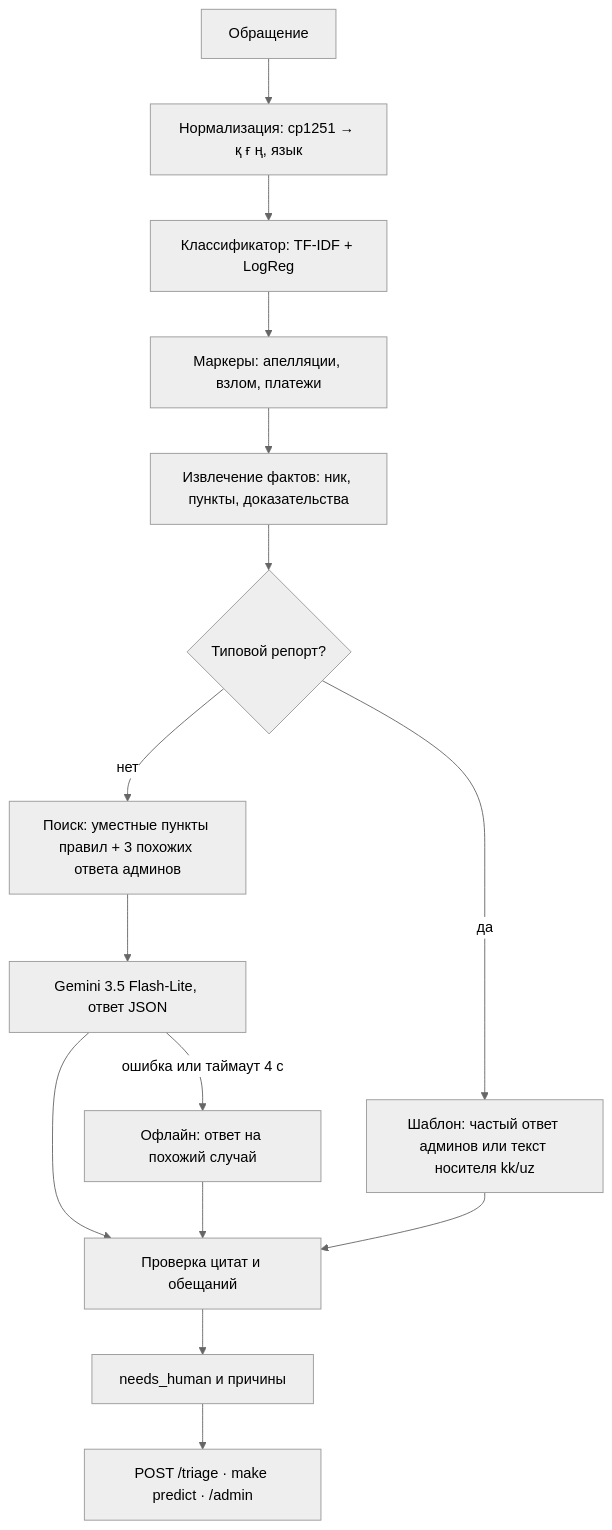
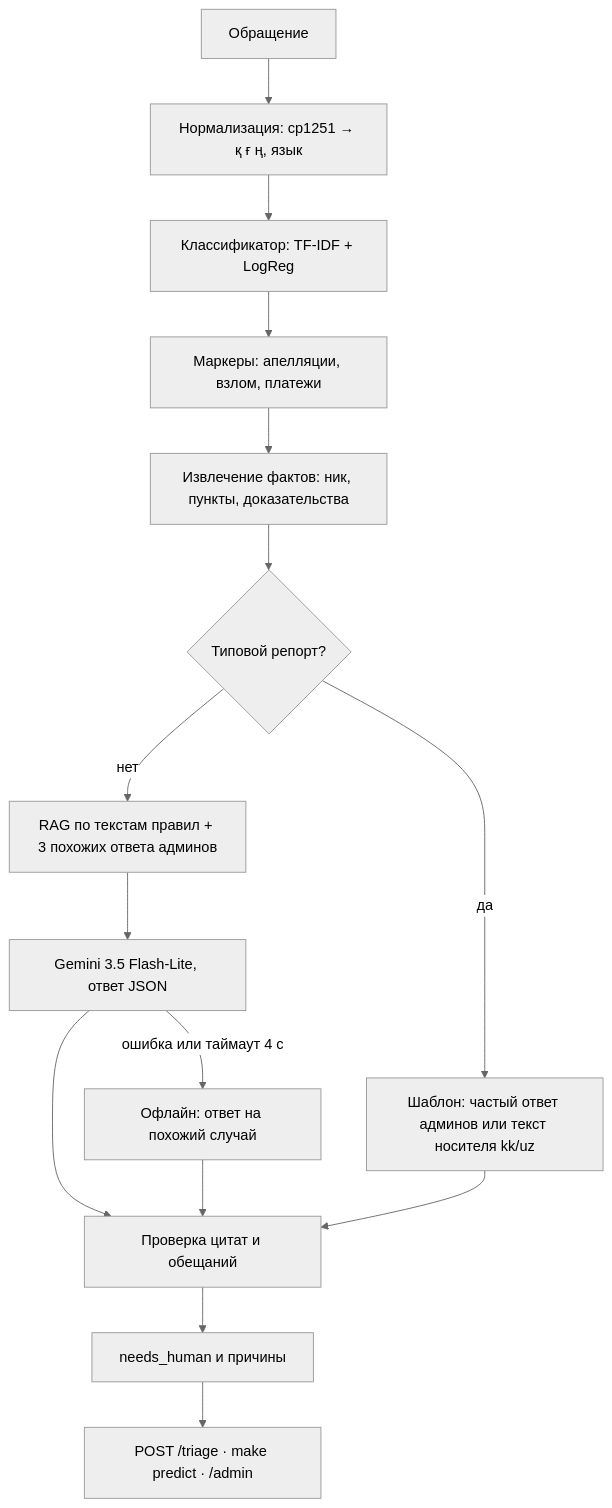
One commit to Suesh10/grand-support-copilot changed the diagram in README.md. Above: the diagram before and after it, drawn with Mermaid (neutral theme). The commit also changed other lines of this file and 14 other files, not shown here.

````diff
--- a/README.md
+++ b/README.md
@@ -75,17 +76,17 @@
 ```mermaid
 flowchart TD
     A[Обращение] --> B[Нормализация: cp1251 → қ ғ ң, язык]
     B --> C[Классификатор: TF-IDF + LogReg]
     C --> D[Маркеры: апелляции, взлом, платежи]
     D --> E[Извлечение фактов: ник, пункты, доказательства]
     E --> F{Типовой репорт?}
     F -- да --> G[Шаблон: частый ответ админов или текст носителя kk/uz]
-    F -- нет --> H[Поиск: уместные пункты правил + 3 похожих ответа админов]
+    F -- нет --> H[RAG по текстам правил + 3 похожих ответа админов]
     H --> I[Gemini 3.5 Flash-Lite, ответ JSON]
     I -- ошибка или таймаут 4 с --> J[Офлайн: ответ на похожий случай]
     I --> K[Проверка цитат и обещаний]
     J --> K
     G --> K
     K --> L[needs_human и причины]
     L --> M[POST /triage · make predict · /admin]
 ```
````
